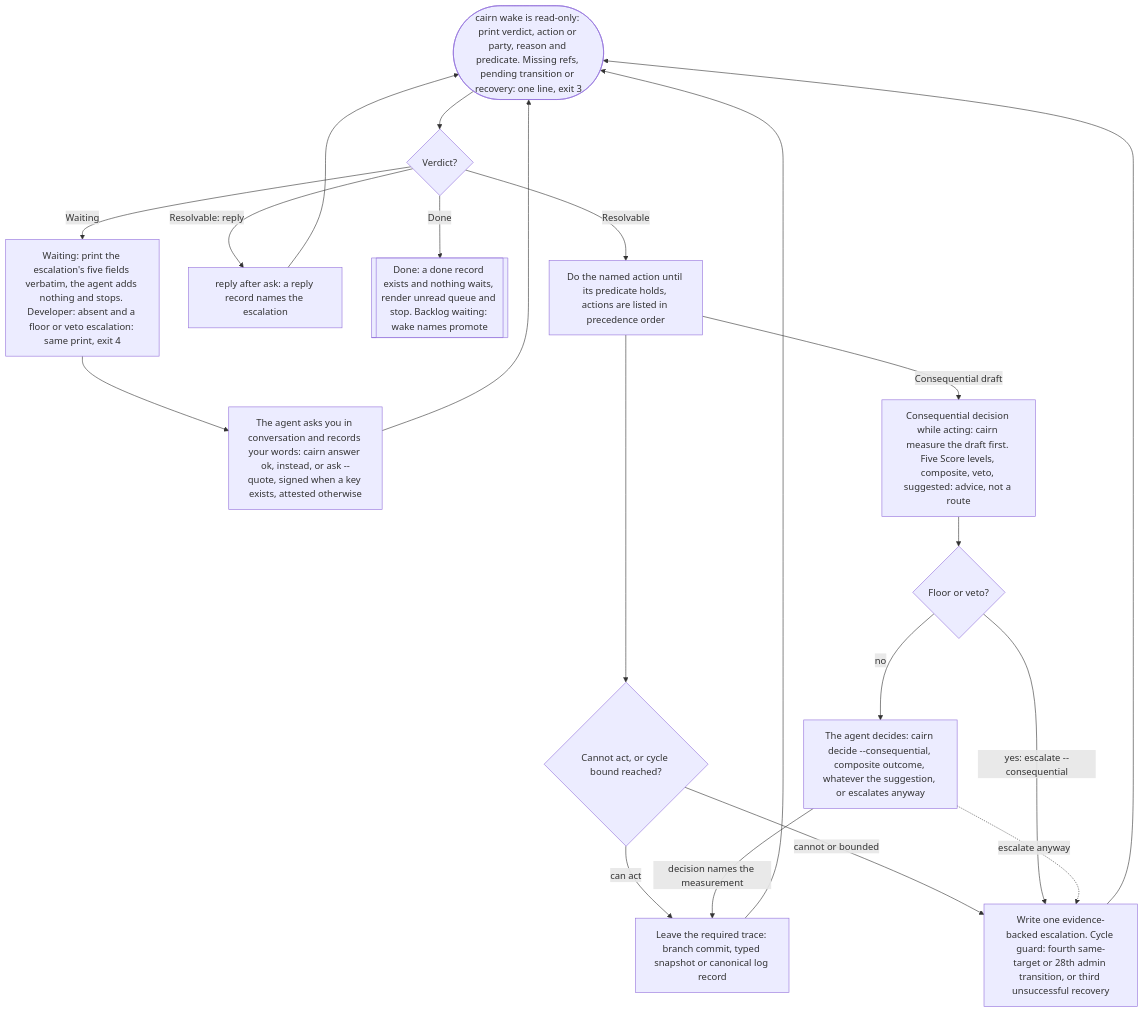
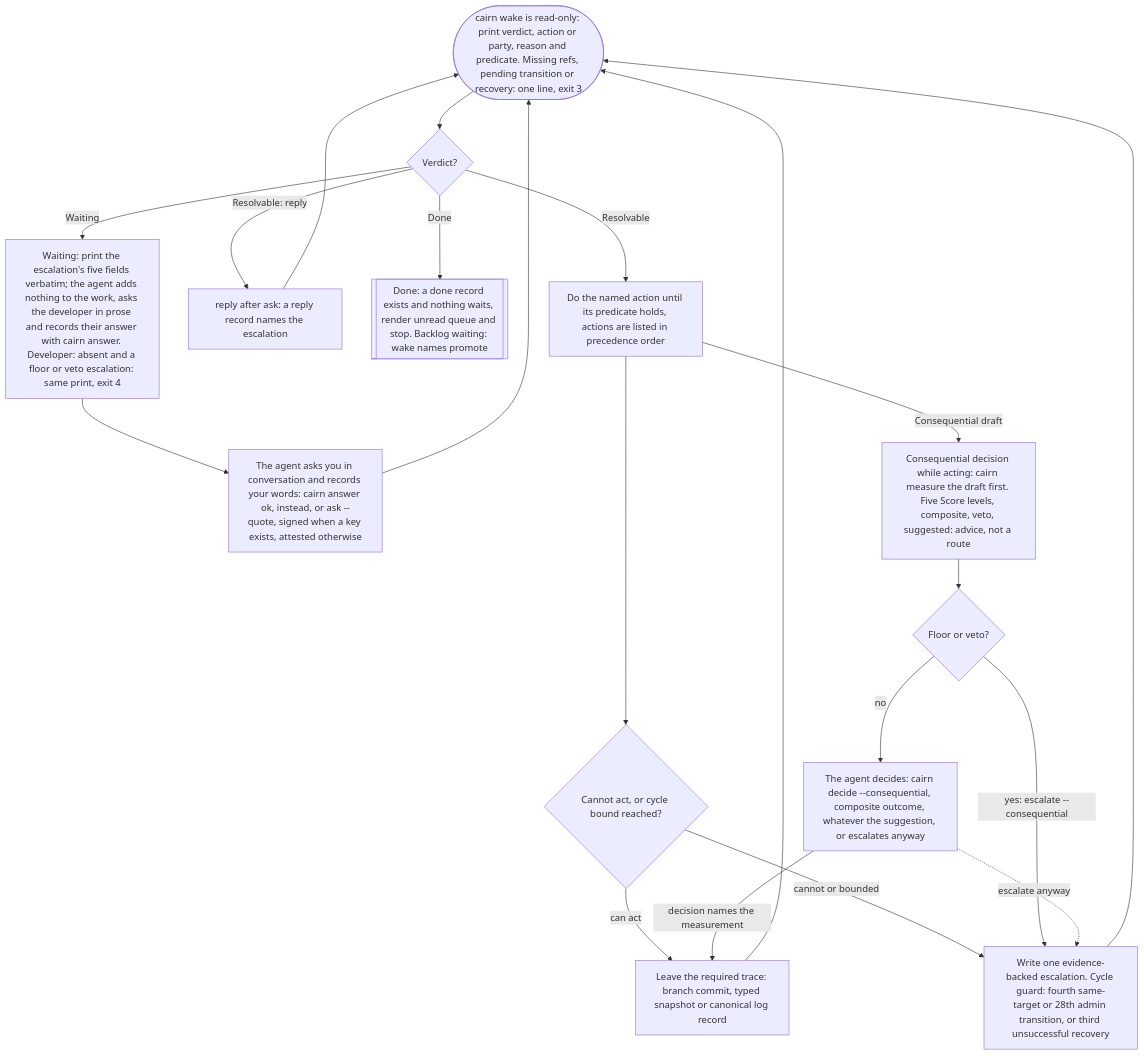
Before and after one commit to eas4ai/cairn: the diagram in README.md, drawn with Mermaid. The commit also changed other lines of this file and 6 other files, not shown here.

Commit message:
The working agreement puts an escalation to the developer as the problem, then ok, instead and ask, ending with ok | instead | ask, and the agent records the answer; it no longer reads as the developer running cairn answer

````diff
--- a/README.md
+++ b/README.md
@@ -222,36 +222,36 @@
 ```mermaid
 flowchart TB
   wake(["cairn wake is read-only: print verdict, action or party, reason and predicate. Missing refs, pending transition or recovery: one line, exit 3"])
   verdict{"Verdict?"}
-  waiting["Waiting: print the escalation's five fields verbatim, the agent adds nothing and stops. Developer: absent and a floor or veto escalation: same print, exit 4"]
+  waiting["Waiting: print the escalation's five fields verbatim; the agent adds nothing to the work, asks the developer in prose and records their answer with cairn answer. Developer: absent and a floor or veto escalation: same print, exit 4"]
   answer["The agent asks you in conversation and records your words: cairn answer ok, instead, or ask --quote, signed when a key exists, attested otherwise"]
   reply["reply after ask: a reply record names the escalation"]
   stop[["Done: a done record exists and nothing waits, render unread queue and stop. Backlog waiting: wake names promote"]]
   act["Do the named action until its predicate holds, actions are listed in precedence order"]
   cannot{"Cannot act, or cycle bound reached?"}
   escalate["Write one evidence-backed escalation. Cycle guard: fourth same-target or 28th admin transition, or third unsuccessful recovery"]
   measure["Consequential decision while acting: cairn measure the draft first. Five Score levels, composite, veto, suggested: advice, not a route"]
   gate{"Floor or veto?"}
   decide["The agent decides: cairn decide --consequential, composite outcome, whatever the suggestion, or escalates anyway"]
   trace["Leave the required trace: branch commit, typed snapshot or canonical log record"]
 
   wake --> verdict
   verdict -->|"Waiting"| waiting
   waiting --> answer
   answer --> wake
   verdict -->|"Resolvable: reply"| reply
   reply --> wake
   verdict -->|"Done"| stop
   verdict -->|"Resolvable"| act
   act --> cannot
   cannot -->|"can act"| trace
   cannot -->|"cannot or bounded"| escalate
   trace --> wake
   escalate --> wake
   act -->|"Consequential draft"| measure
   measure --> gate
   gate -->|"yes: escalate --consequential"| escalate
   gate -->|"no"| decide
   decide -->|"decision names the measurement"| trace
   decide -.->|"escalate anyway"| escalate
 ```
````
